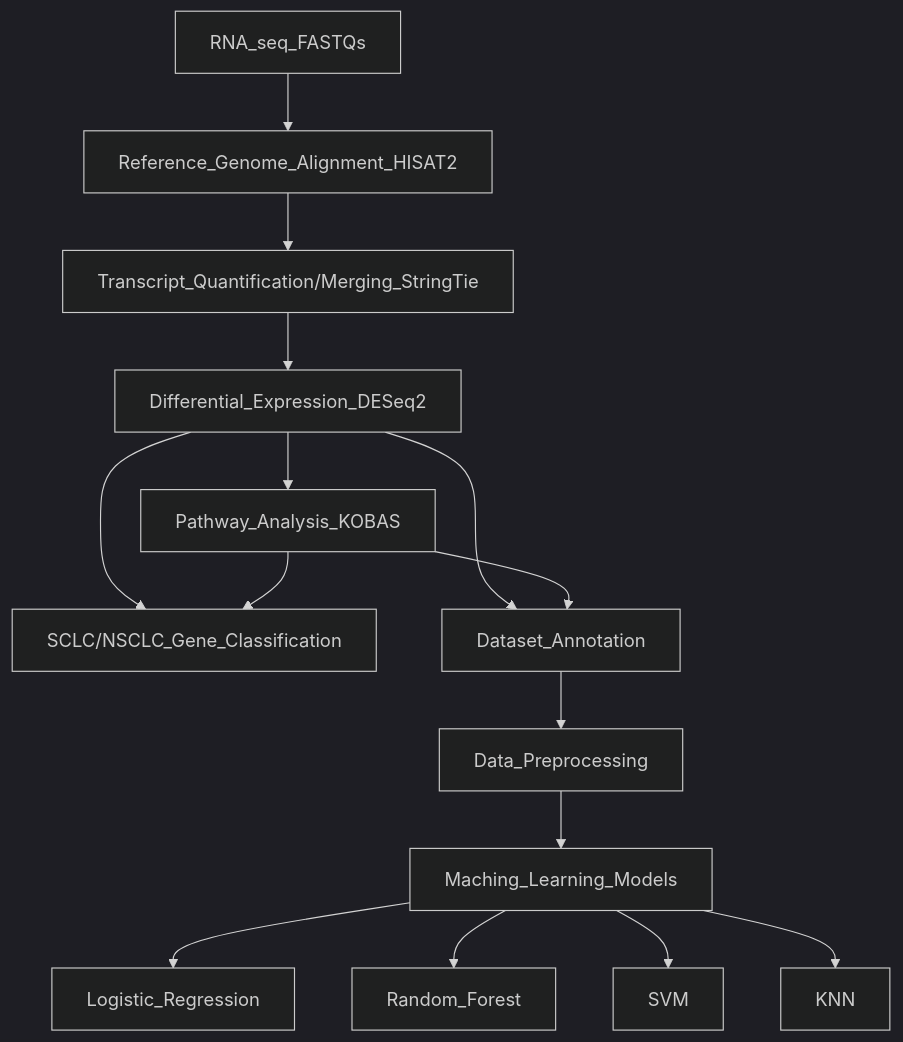
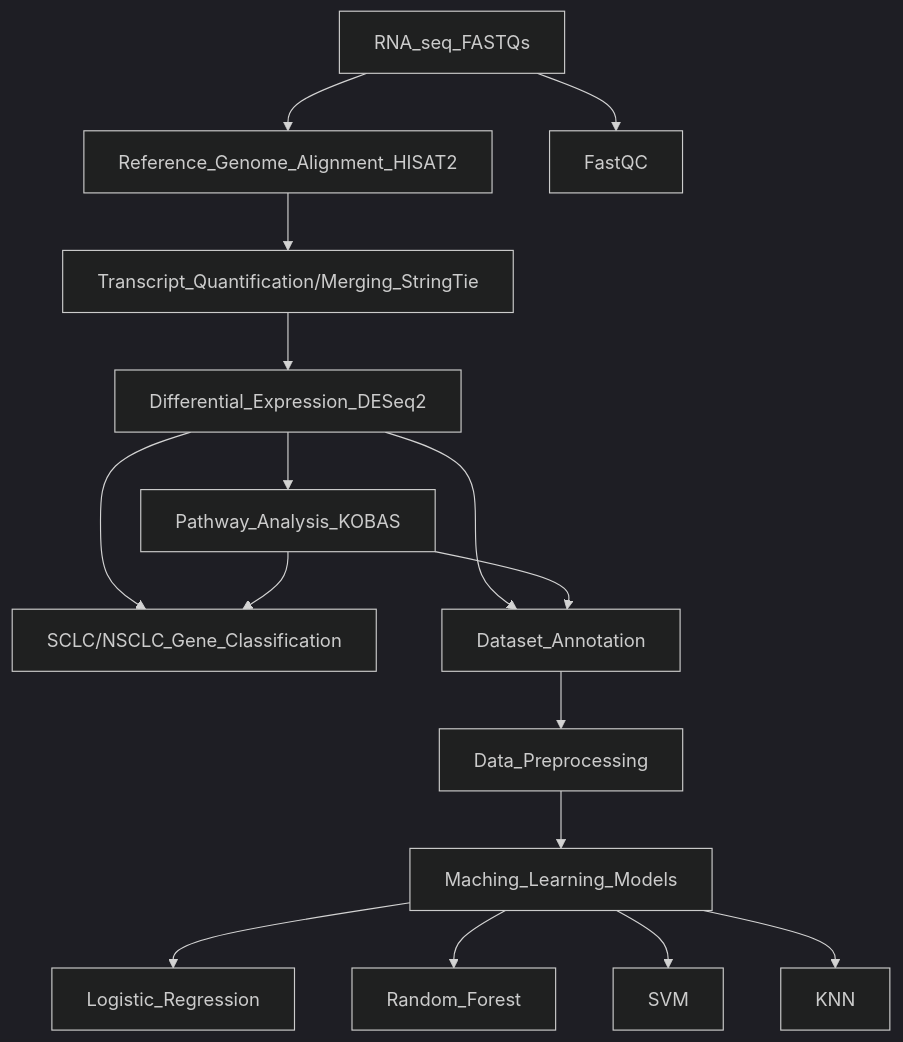
The first of 3 diagrams in README.md (aharia22/Novel-Biomarker-Prediction-for-Lung-Cancer), drawn with Mermaid (dark theme) before and after one commit.

````diff
--- a/README.md
+++ b/README.md
@@ -15,17 +15,18 @@
 ```mermaid
 graph TD;
     RNA_seq_FASTQs-->Reference_Genome_Alignment_HISAT2;
+    RNA_seq_FASTQs-->FastQC;
     Reference_Genome_Alignment_HISAT2-->Transcript_Quantification/Merging_StringTie;
     Transcript_Quantification/Merging_StringTie-->Differential_Expression_DESeq2;
     Differential_Expression_DESeq2-->Pathway_Analysis_KOBAS;
     Differential_Expression_DESeq2-->SCLC/NSCLC_Gene_Classification;
     Pathway_Analysis_KOBAS-->SCLC/NSCLC_Gene_Classification;
     Differential_Expression_DESeq2-->Dataset_Annotation;
     Pathway_Analysis_KOBAS-->Dataset_Annotation;
     Dataset_Annotation-->Data_Preprocessing;
     Data_Preprocessing-->Maching_Learning_Models;
     Maching_Learning_Models-->Logistic_Regression;
     Maching_Learning_Models-->Random_Forest;
     Maching_Learning_Models-->SVM;
     Maching_Learning_Models-->KNN;
 ```
````
